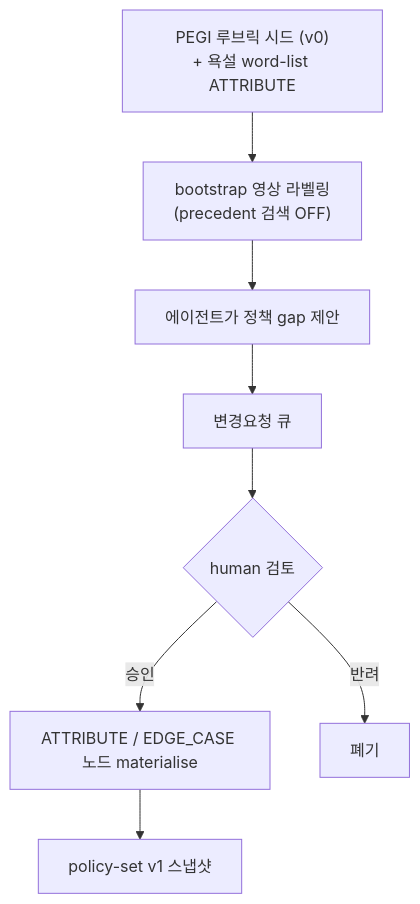
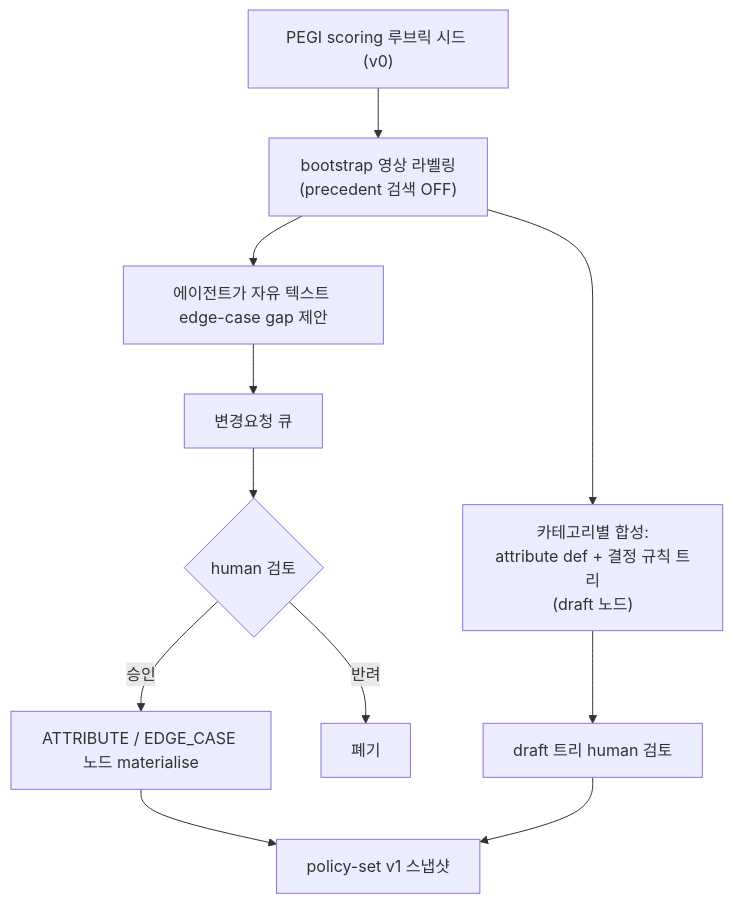
Before and after one commit to jhoowy/GV-Auto-Labelling-Agent: the fifth of 5 diagrams in docs/ARCHITECTURE.ko.md, drawn with Mermaid. The commit also changed other lines of this file and 5 other files, not shown here.

````diff
--- a/docs/ARCHITECTURE.ko.md
+++ b/docs/ARCHITECTURE.ko.md
@@ -187,10 +210,13 @@
 ```mermaid
 flowchart TB
-  SEED["PEGI 루브릭 시드 (v0)<br/>+ 욕설 word-list ATTRIBUTE"] --> RUN
-  RUN["bootstrap 영상 라벨링<br/>(precedent 검색 OFF)"] --> GAP["에이전트가 정책 gap 제안"]
+  SEED["PEGI scoring 루브릭 시드 (v0)"] --> RUN["bootstrap 영상 라벨링<br/>(precedent 검색 OFF)"]
+  RUN --> SYN["카테고리별 합성:<br/>attribute def + 결정 규칙 트리<br/>(draft 노드)"]
+  RUN --> GAP["에이전트가 자유 텍스트 edge-case gap 제안"]
   GAP --> Q["변경요청 큐"]
   Q --> REV{"human 검토"}
   REV -->|승인| MAT["ATTRIBUTE / EDGE_CASE 노드 materialise"]
   REV -->|반려| X["폐기"]
+  SYN --> HR["draft 트리 human 검토"]
   MAT --> SNAP["policy-set v1 스냅샷"]
+  HR --> SNAP
 ```
````
